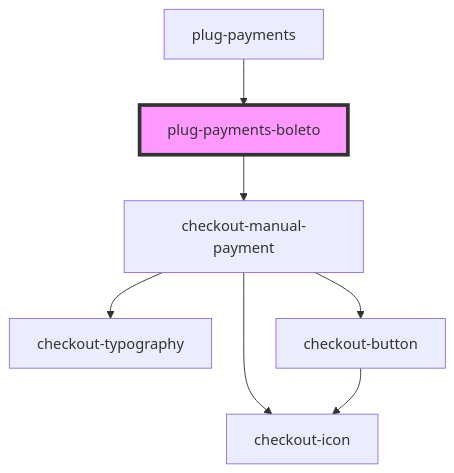
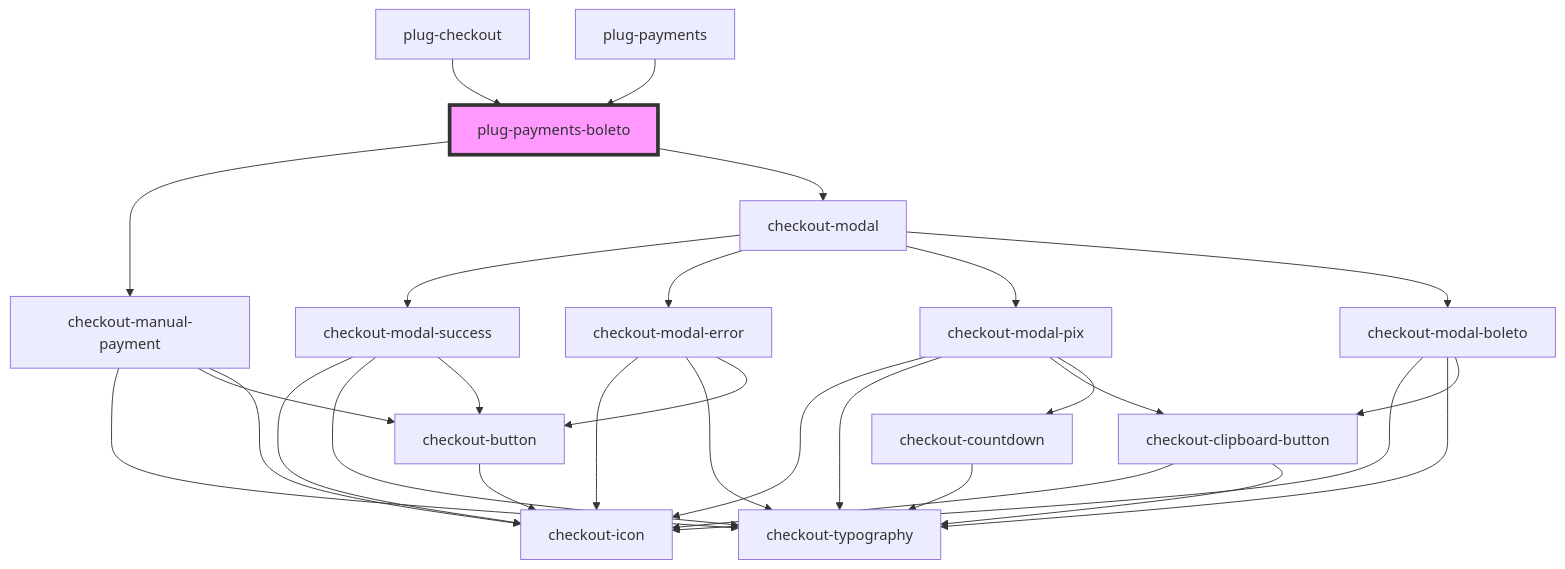
One commit to plughacker/malga-checkout changed the diagram in packages/checkout/core/src/components/plug-payments-boleto/readme.md. Above: the diagram before and after it, drawn with Mermaid. The commit also changed other lines of this file and 43 other files, not shown here.

Commit message:
fix(plug-checkout): improving interface nomenclature

````diff
--- a/packages/checkout/core/src/components/plug-payments-boleto/readme.md
+++ b/packages/checkout/core/src/components/plug-payments-boleto/readme.md
@@ -46,10 +47,32 @@
 ```mermaid
 graph TD;
   plug-payments-boleto --> checkout-manual-payment
+  plug-payments-boleto --> checkout-modal
   checkout-manual-payment --> checkout-typography
   checkout-manual-payment --> checkout-button
   checkout-manual-payment --> checkout-icon
   checkout-button --> checkout-icon
+  checkout-modal --> checkout-modal-success
+  checkout-modal --> checkout-modal-error
+  checkout-modal --> checkout-modal-pix
+  checkout-modal --> checkout-modal-boleto
+  checkout-modal-success --> checkout-icon
+  checkout-modal-success --> checkout-typography
+  checkout-modal-success --> checkout-button
+  checkout-modal-error --> checkout-icon
+  checkout-modal-error --> checkout-typography
+  checkout-modal-error --> checkout-button
+  checkout-modal-pix --> checkout-icon
+  checkout-modal-pix --> checkout-typography
+  checkout-modal-pix --> checkout-clipboard-button
+  checkout-modal-pix --> checkout-countdown
+  checkout-clipboard-button --> checkout-icon
+  checkout-clipboard-button --> checkout-typography
+  checkout-countdown --> checkout-typography
+  checkout-modal-boleto --> checkout-icon
+  checkout-modal-boleto --> checkout-typography
+  checkout-modal-boleto --> checkout-clipboard-button
+  plug-checkout --> plug-payments-boleto
   plug-payments --> plug-payments-boleto
   style plug-payments-boleto fill:#f9f,stroke:#333,stroke-width:4px
 ```
````
